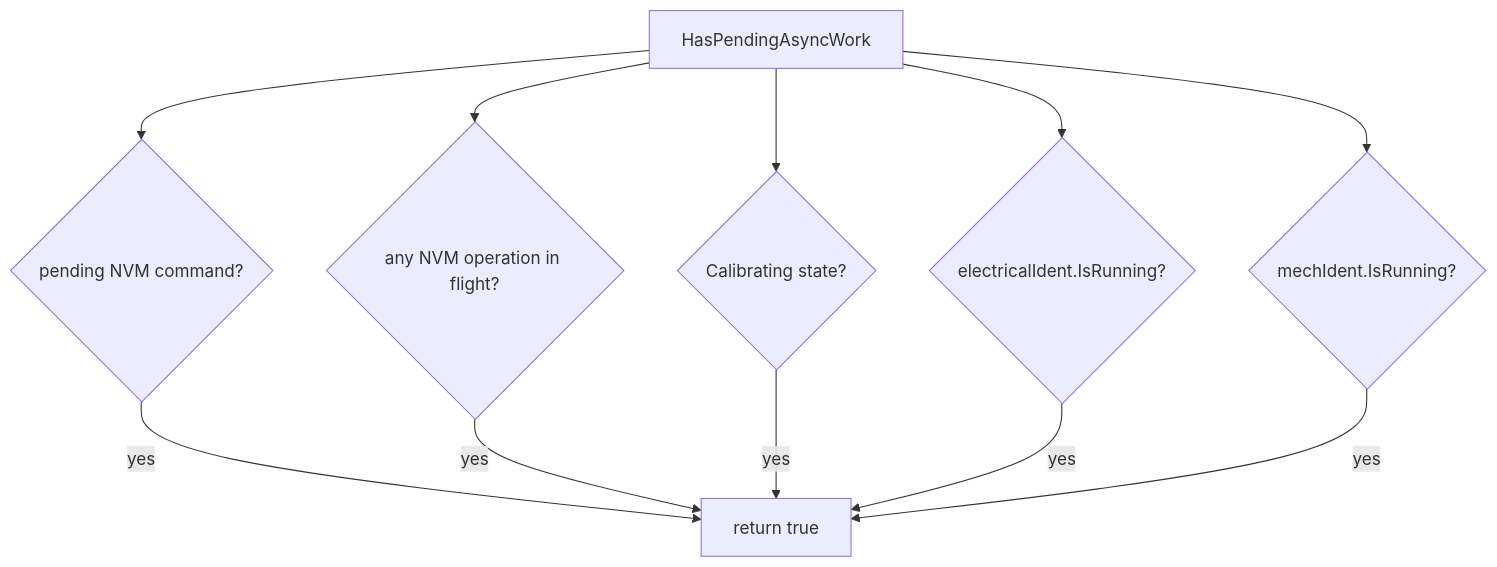
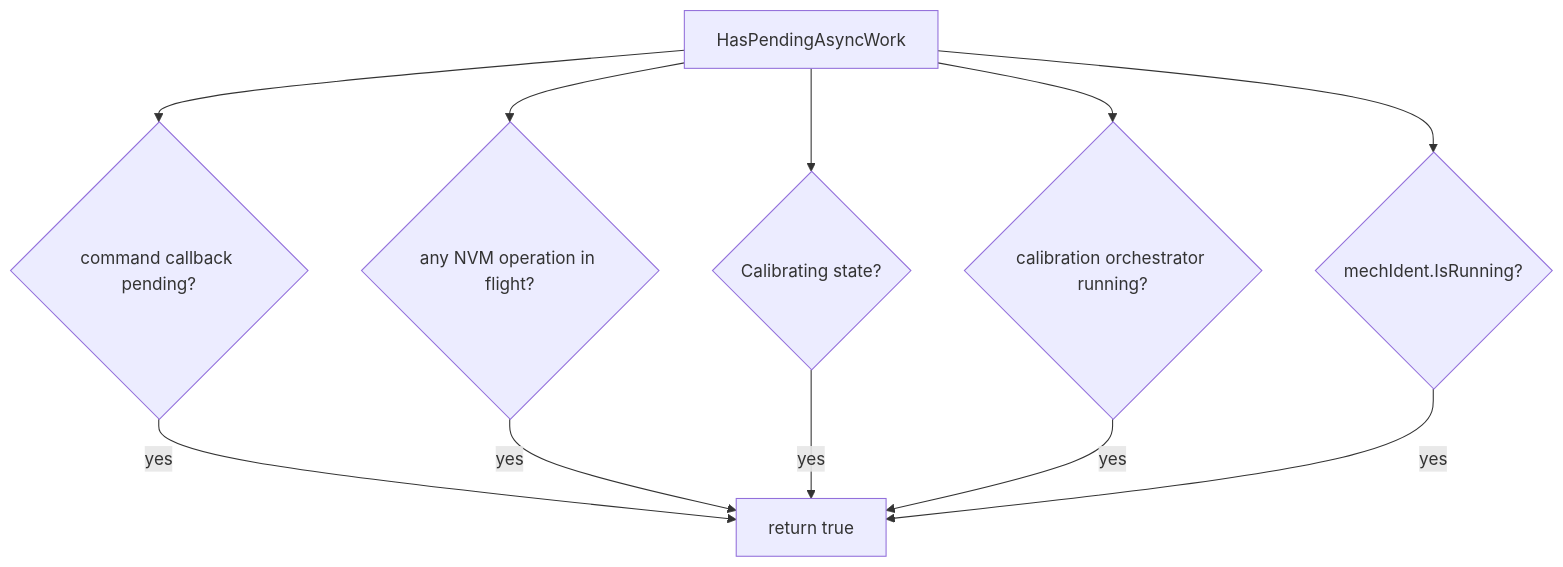
One commit to embedded-pro/e-foc changed the third of 6 diagrams in documentation/design/async-callback-lifetime.md. Above: the diagram before and after it, drawn with Mermaid. The commit also changed other lines of this file and 14 other files, not shown here.

````diff
--- a/documentation/design/async-callback-lifetime.md
+++ b/documentation/design/async-callback-lifetime.md
@@ -90,13 +90,13 @@
 ```mermaid
 graph TD
-    A[HasPendingAsyncWork] --> B{pending NVM command?}
+    A[HasPendingAsyncWork] --> B{command callback pending?}
     A --> C{any NVM operation in flight?}
     A --> D{Calibrating state?}
-    A --> E{electricalIdent.IsRunning?}
+    A --> E{calibration orchestrator running?}
     A --> F{mechIdent.IsRunning?}
     B -- yes --> G[return true]
     C -- yes --> G
     D -- yes --> G
     E -- yes --> G
     F -- yes --> G
 ```
````
